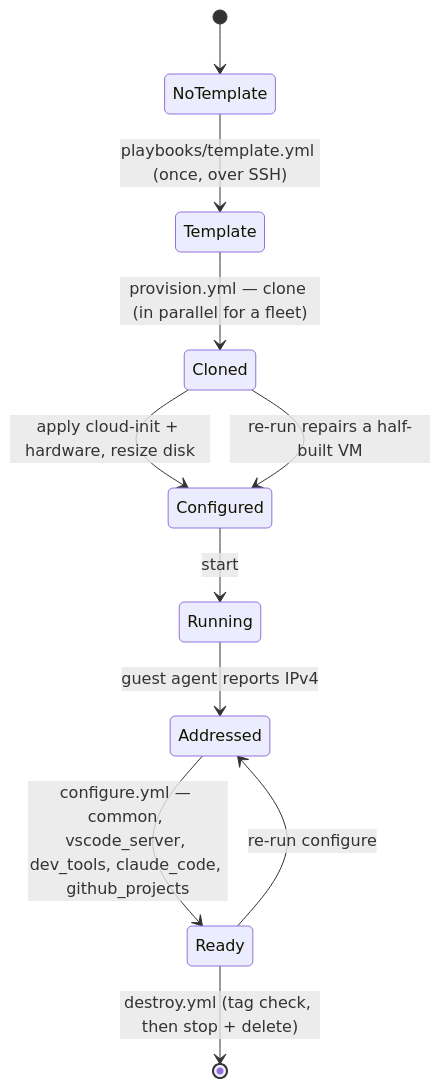
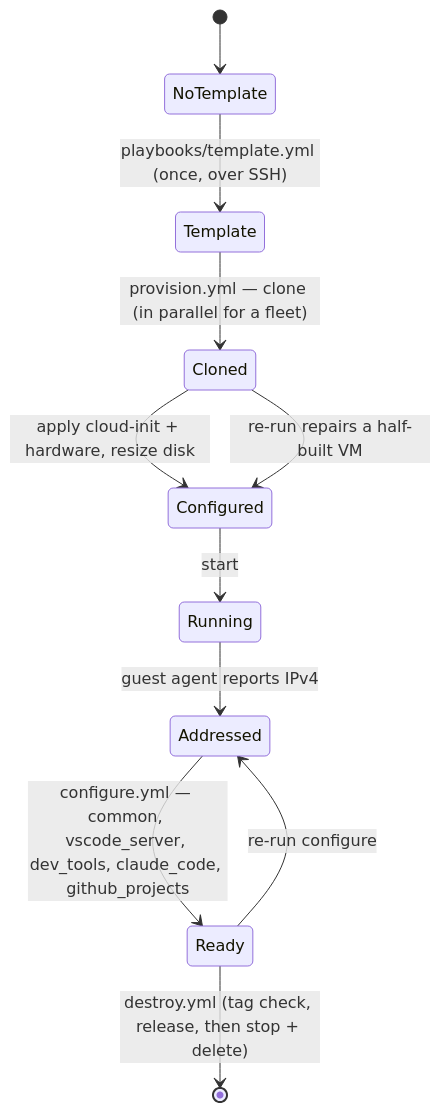
The second of 3 diagrams in ARCHITECTURE.md (kawadeomkar/claude-on-proxmox), drawn with Mermaid before and after one commit. The commit also changed other lines of this file and 4 other files, not shown here.

First line of the commit message:
docs: Tailscale, Claude's sign-in over a forward, and destroy's release

````diff
--- a/ARCHITECTURE.md
+++ b/ARCHITECTURE.md
@@ -138,13 +138,13 @@
 ```mermaid
 stateDiagram-v2
     [*] --> NoTemplate
     NoTemplate --> Template: playbooks/template.yml (once, over SSH)
     Template --> Cloned: provision.yml — clone (in parallel for a fleet)
     Cloned --> Configured: apply cloud-init + hardware, resize disk
     Configured --> Running: start
     Running --> Addressed: guest agent reports IPv4
     Addressed --> Ready: configure.yml — common, vscode_server, dev_tools, claude_code, github_projects
     Ready --> Addressed: re-run configure
-    Ready --> [*]: destroy.yml (tag check, then stop + delete)
+    Ready --> [*]: destroy.yml (tag check, release, then stop + delete)
     Cloned --> Configured: re-run repairs a half-built VM
 ```
````
